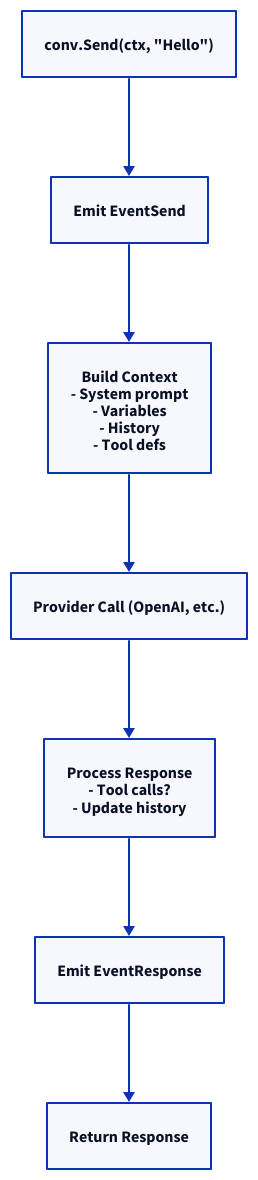
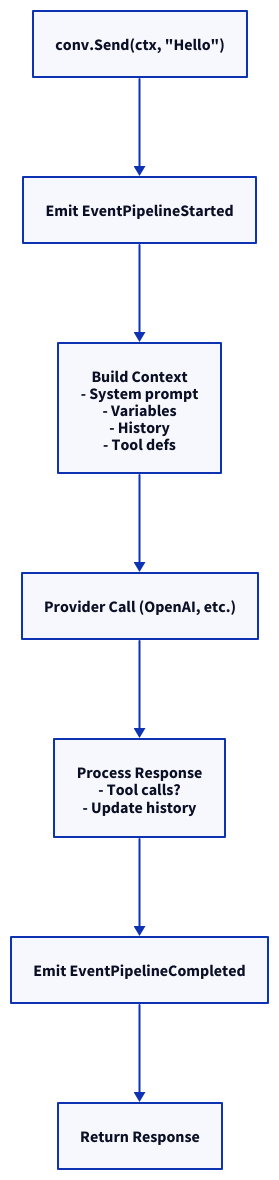
Before and after one commit to AltairaLabs/PromptKit: the second of 3 diagrams in docs/src/content/docs/sdk/explanation/architecture.md, drawn with D2. The commit also changed other lines of this file and 83 other files, not shown here.

````diff
--- a/docs/src/content/docs/sdk/explanation/architecture.md
+++ b/docs/src/content/docs/sdk/explanation/architecture.md
@@ -113,17 +106,17 @@
 ```d2
 direction: down
 
 send: conv.Send(ctx, "Hello")
-emit_send: Emit EventSend
+emit_start: Emit EventPipelineStarted
 build: Build Context {
   label: "Build Context\n- System prompt\n- Variables\n- History\n- Tool defs"
 }
 provider: Provider Call (OpenAI, etc.)
 process: Process Response {
   label: "Process Response\n- Tool calls?\n- Update history"
 }
-emit_response: Emit EventResponse
+emit_complete: Emit EventPipelineCompleted
 return: Return Response
 
-send -> emit_send -> build -> provider -> process -> emit_response -> return
+send -> emit_start -> build -> provider -> process -> emit_complete -> return
 ```
````
